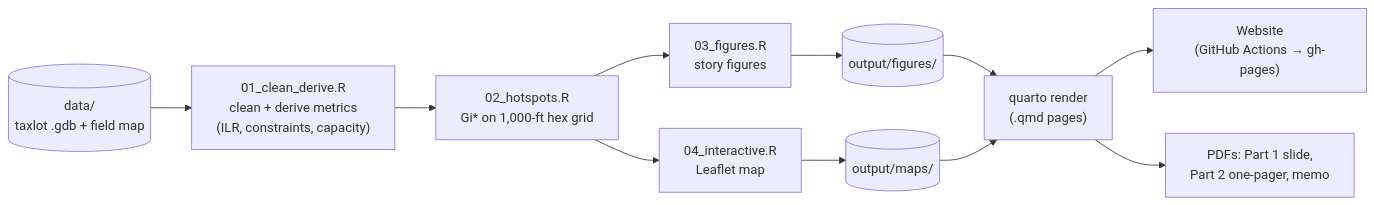
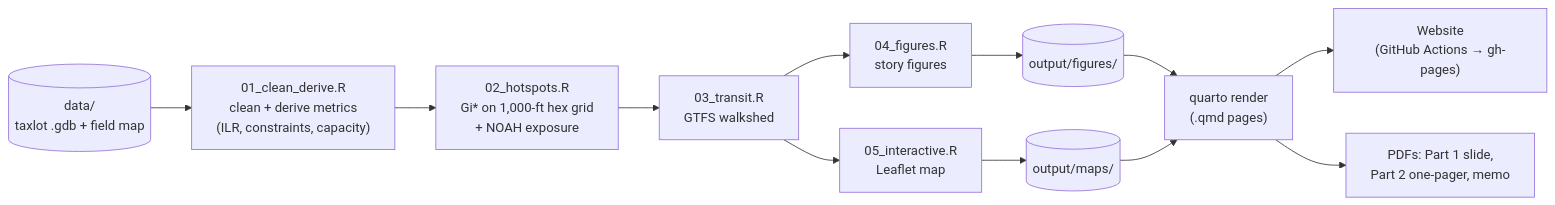
Before and after one commit to kaseyzapatka/cascadia: the diagram in README.md, drawn with Mermaid. The commit also changed other lines of this file and 33 other files, not shown here.

First line of the commit message:
Add affordability (NOAH) and transit walkshed analyses, fix cluster names

````diff
--- a/README.md
+++ b/README.md
@@ -33,13 +36,14 @@
 ```mermaid
 flowchart LR
     A[("data/<br/>taxlot .gdb + field map")] --> B["01_clean_derive.R<br/>clean + derive metrics<br/>(ILR, constraints, capacity)"]
-    B --> C["02_hotspots.R<br/>Gi* on 1,000-ft hex grid"]
-    C --> D["03_figures.R<br/>story figures"]
-    C --> E["04_interactive.R<br/>Leaflet map"]
+    B --> C["02_hotspots.R<br/>Gi* on 1,000-ft hex grid<br/>+ NOAH exposure"]
+    C --> T["03_transit.R<br/>GTFS walkshed"]
+    T --> D["04_figures.R<br/>story figures"]
+    T --> E["05_interactive.R<br/>Leaflet map"]
     D --> F[("output/figures/")]
     E --> G[("output/maps/")]
     F --> H["quarto render<br/>(.qmd pages)"]
     G --> H
     H --> I["Website<br/>(GitHub Actions → gh-pages)"]
     H --> J["PDFs: Part 1 slide,<br/>Part 2 one-pager, memo"]
 ```
````
